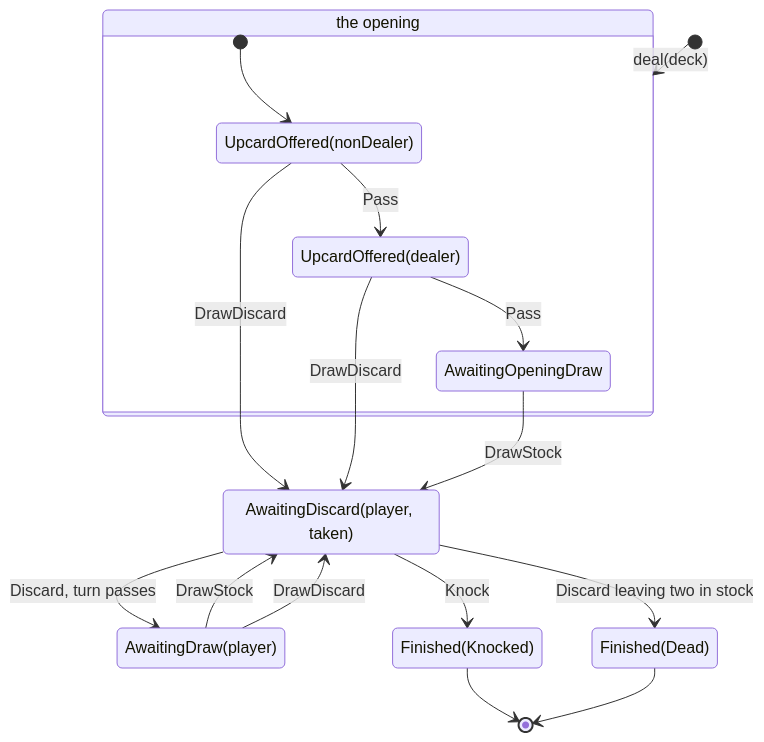
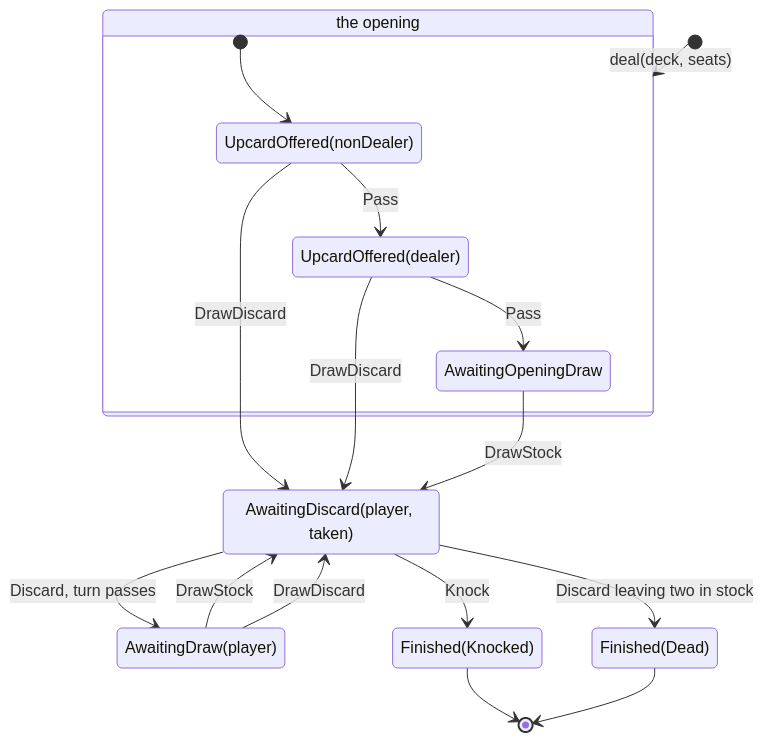
One commit to wiggly/gin changed the first of 2 diagrams in docs/GAME-FLOW.md. Above: the diagram before and after it, drawn with Mermaid. The commit also changed other lines of this file and 2 other files, not shown here.

````diff
--- a/docs/GAME-FLOW.md
+++ b/docs/GAME-FLOW.md
@@ -85,35 +90,35 @@
 ```mermaid
 stateDiagram-v2
     direction TB
 
     state "the opening" as Opening {
         state "UpcardOffered(nonDealer)" as OfferNonDealer
         state "UpcardOffered(dealer)" as OfferDealer
         state "AwaitingOpeningDraw" as OpeningDraw
 
         [*] --> OfferNonDealer
         OfferNonDealer --> OfferDealer : Pass
         OfferDealer --> OpeningDraw : Pass
     }
 
     state "AwaitingDraw(player)" as Drawing
     state "AwaitingDiscard(player, taken)" as Discarding
     state "Finished(Knocked)" as Knocked
     state "Finished(Dead)" as Dead
 
-    [*] --> Opening : deal(deck)
+    [*] --> Opening : deal(deck, seats)
 
     OfferNonDealer --> Discarding : DrawDiscard
     OfferDealer --> Discarding : DrawDiscard
     OpeningDraw --> Discarding : DrawStock
 
     Drawing --> Discarding : DrawStock
     Drawing --> Discarding : DrawDiscard
 
     Discarding --> Drawing : Discard, turn passes
     Discarding --> Knocked : Knock
     Discarding --> Dead : Discard leaving two in stock
 
     Knocked --> [*]
     Dead --> [*]
 ```
````
